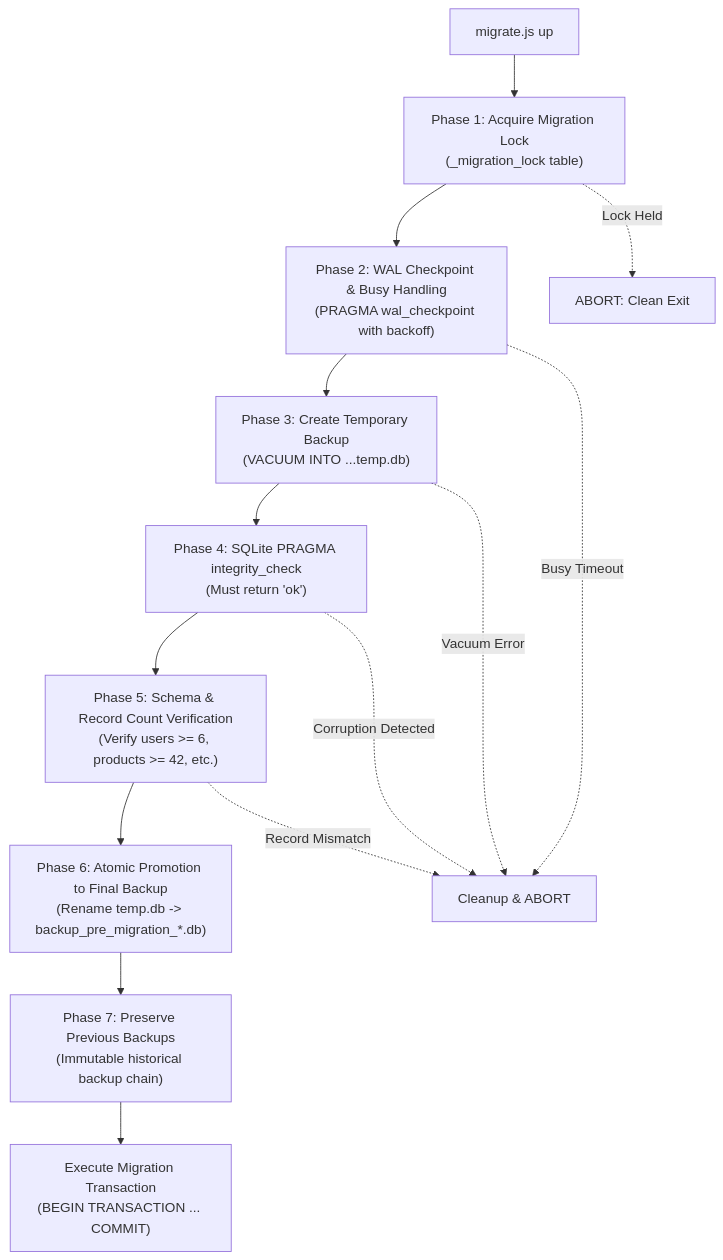
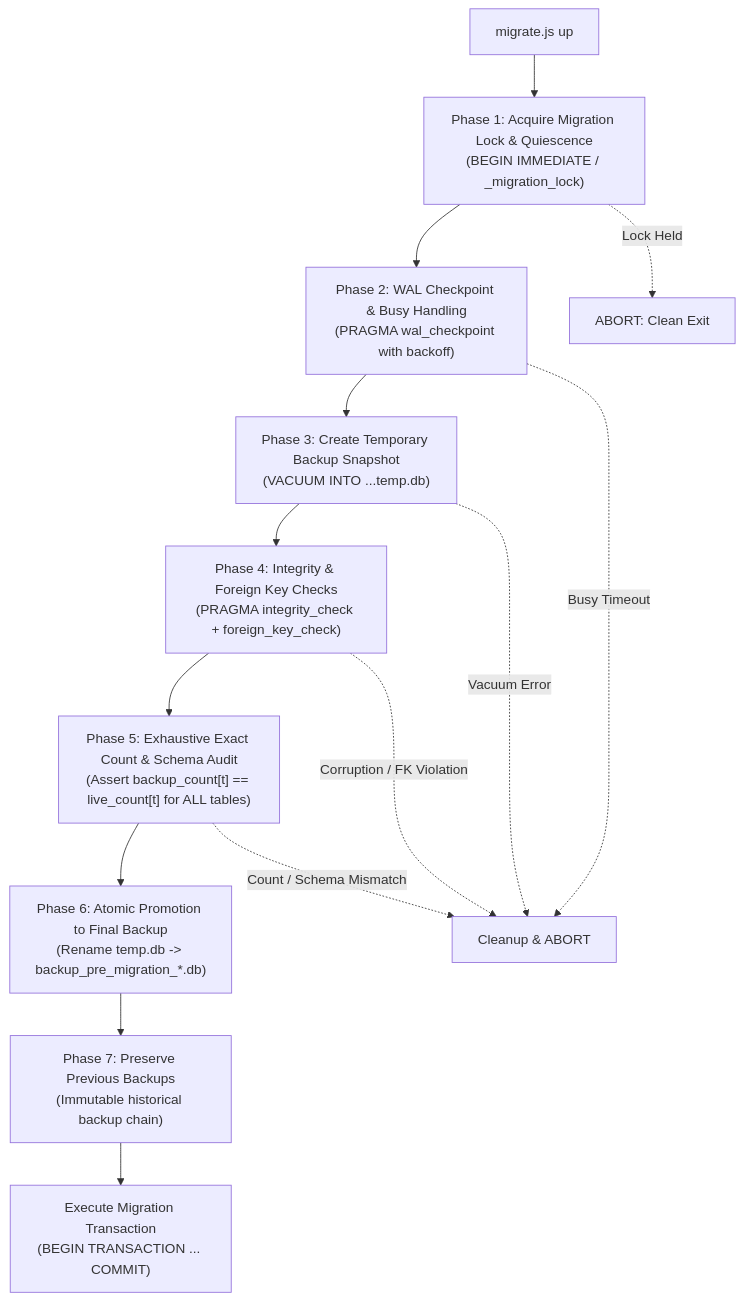
The diagram in docs/phase2_migration_safety_plan.md (bassiony58-ux/zarsev), drawn with Mermaid before and after one commit. The commit also changed other lines of this file and 6 other files, not shown here.

Commit message:
feat(migrations): Milestone 2 - versioned database migration framework, 8-phase backup gatekeeper, SHA-256 anti-tamper, and CLI runner

````diff
--- a/docs/phase2_migration_safety_plan.md
+++ b/docs/phase2_migration_safety_plan.md
@@ -52,17 +52,17 @@
 ```mermaid
 flowchart TD
-    Start["migrate.js up"] --> Phase1["Phase 1: Acquire Migration Lock<br/>(_migration_lock table)"]
+    Start["migrate.js up"] --> Phase1["Phase 1: Acquire Migration Lock & Quiescence<br/>(BEGIN IMMEDIATE / _migration_lock)"]
     Phase1 --> Phase2["Phase 2: WAL Checkpoint & Busy Handling<br/>(PRAGMA wal_checkpoint with backoff)"]
-    Phase2 --> Phase3["Phase 3: Create Temporary Backup<br/>(VACUUM INTO ...temp.db)"]
-    Phase3 --> Phase4["Phase 4: SQLite PRAGMA integrity_check<br/>(Must return 'ok')"]
-    Phase4 --> Phase5["Phase 5: Schema & Record Count Verification<br/>(Verify users >= 6, products >= 42, etc.)"]
+    Phase2 --> Phase3["Phase 3: Create Temporary Backup Snapshot<br/>(VACUUM INTO ...temp.db)"]
+    Phase3 --> Phase4["Phase 4: Integrity & Foreign Key Checks<br/>(PRAGMA integrity_check + foreign_key_check)"]
+    Phase4 --> Phase5["Phase 5: Exhaustive Exact Count & Schema Audit<br/>(Assert backup_count[t] == live_count[t] for ALL tables)"]
     Phase5 --> Phase6["Phase 6: Atomic Promotion to Final Backup<br/>(Rename temp.db -> backup_pre_migration_*.db)"]
     Phase6 --> Phase7["Phase 7: Preserve Previous Backups<br/>(Immutable historical backup chain)"]
     Phase7 --> Execute["Execute Migration Transaction<br/>(BEGIN TRANSACTION ... COMMIT)"]
     
     Phase1 -.->|Lock Held| Abort["ABORT: Clean Exit"]
     Phase2 -.->|Busy Timeout| Cleanup["Cleanup & ABORT"]
     Phase3 -.->|Vacuum Error| Cleanup
-    Phase4 -.->|Corruption Detected| Cleanup
-    Phase5 -.->|Record Mismatch| Cleanup
+    Phase4 -.->|Corruption / FK Violation| Cleanup
+    Phase5 -.->|Count / Schema Mismatch| Cleanup
 ```
````
